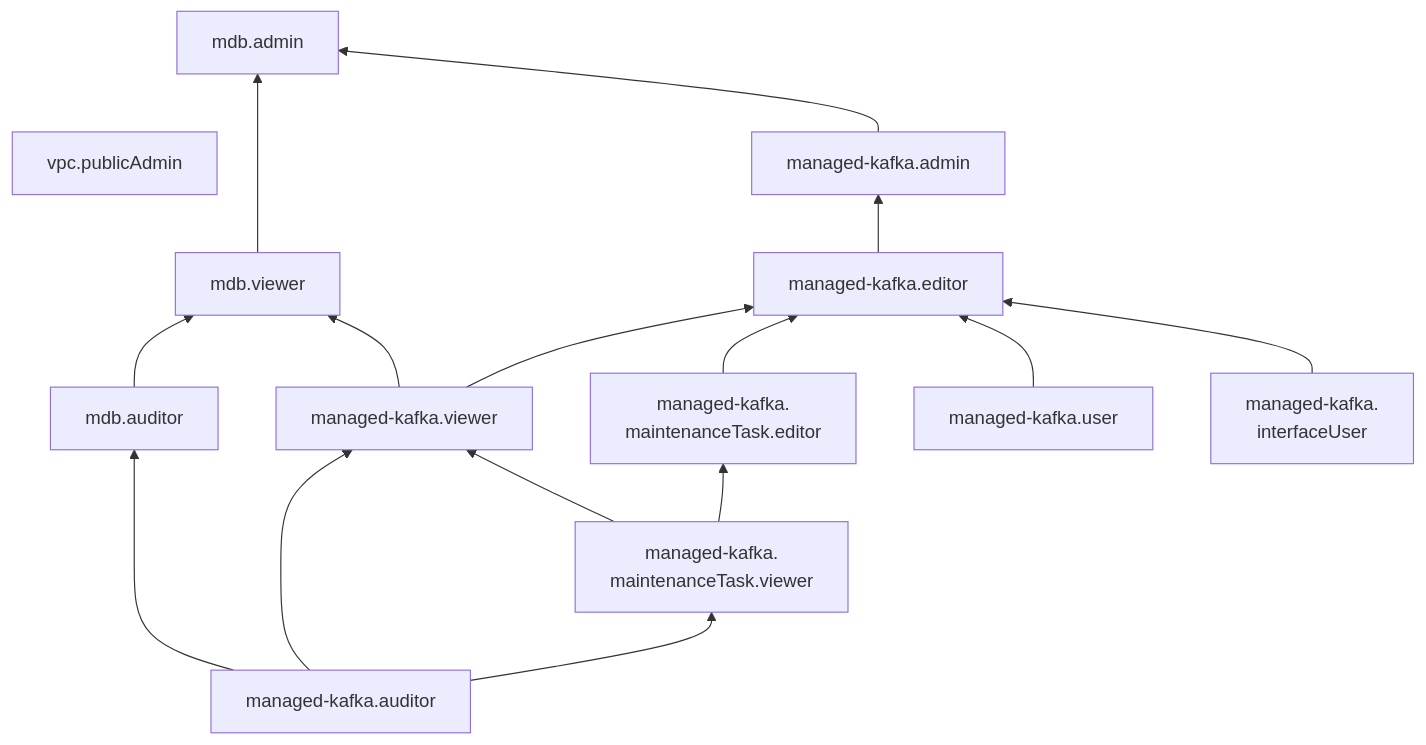
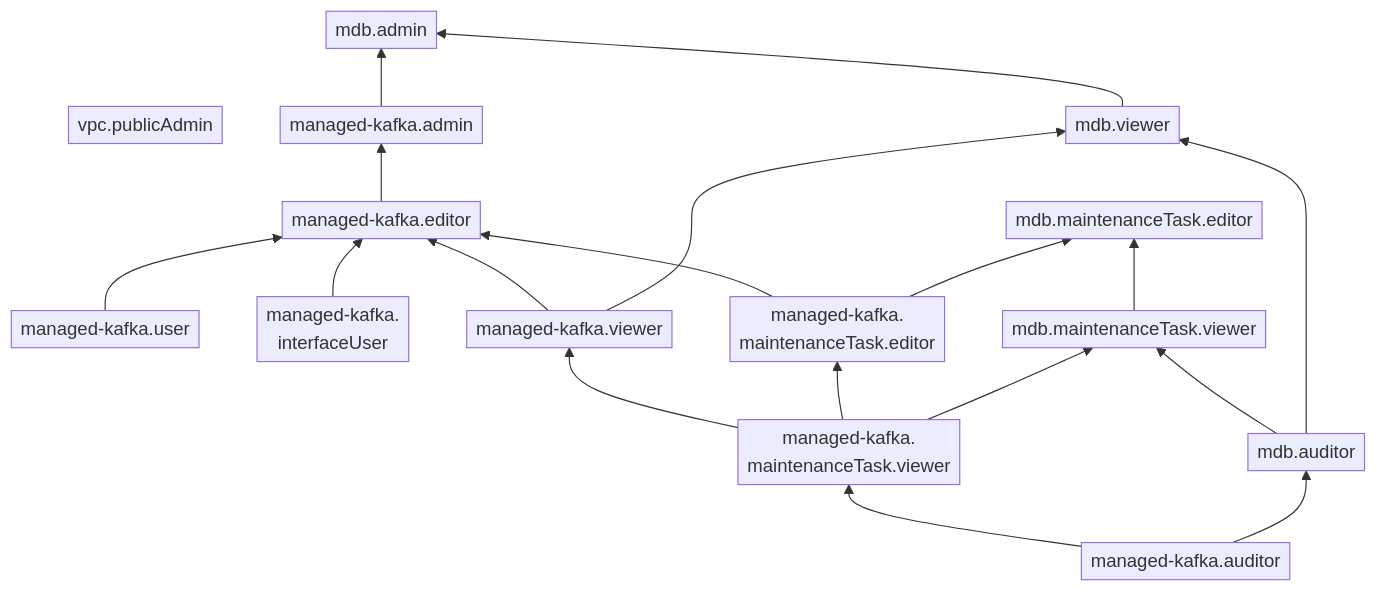
The diagram in en/_mermaid/roles/managed-kafka.md (yandex-cloud/docs), drawn with Mermaid before and after one commit. The commit also changed 235 other files, not shown here.

````diff
--- a/en/_mermaid/roles/managed-kafka.md
+++ b/en/_mermaid/roles/managed-kafka.md
@@ -1,21 +1,26 @@
 ```mermaid
+%%{init: { "flowchart": { "padding": 4 } } }%%
 flowchart BT
     vpc.publicAdmin ~~~ mdb.admin
-    mdb.viewer --> mdb.admin
-    managed-kafka.admin --> mdb.admin
-    managed-kafka.editor --> managed-kafka.admin
-    mdb.auditor --> mdb.viewer
-    managed-kafka.viewer --> mdb.viewer
-    managed-kafka.viewer --> managed-kafka.editor
-    managed-kafka.maintenanceTask.editor --> managed-kafka.editor
-    managed-kafka.auditor --> managed-kafka.viewer
-    managed-kafka.auditor --> mdb.auditor
+    mdb.maintenanceTask.editor ~~~ mdb.viewer
     managed-kafka.user --> managed-kafka.editor
     managed-kafka.interfaceUser["`managed-kafka.
     interfaceUser`"] --> managed-kafka.editor
+    managed-kafka.viewer --> managed-kafka.editor
+    managed-kafka.viewer --> mdb.viewer
+    managed-kafka.maintenanceTask.viewer --> managed-kafka.viewer
     managed-kafka.maintenanceTask.viewer --> managed-kafka.maintenanceTask.editor["`managed-kafka.
     maintenanceTask.editor`"]
-    managed-kafka.maintenanceTask.viewer --> managed-kafka.viewer
+    managed-kafka.maintenanceTask.editor --> managed-kafka.editor
+    managed-kafka.maintenanceTask.editor --> mdb.maintenanceTask.editor
+    managed-kafka.editor --> managed-kafka.admin
+    managed-kafka.admin --> mdb.admin
     managed-kafka.auditor --> managed-kafka.maintenanceTask.viewer["`managed-kafka.
     maintenanceTask.viewer`"]
+    mdb.maintenanceTask.viewer --> mdb.maintenanceTask.editor
+    managed-kafka.maintenanceTask.viewer --> mdb.maintenanceTask.viewer
+    mdb.auditor --> mdb.maintenanceTask.viewer
+    mdb.viewer --> mdb.admin
+    managed-kafka.auditor --> mdb.auditor
+    mdb.auditor --> mdb.viewer
 ```
````
